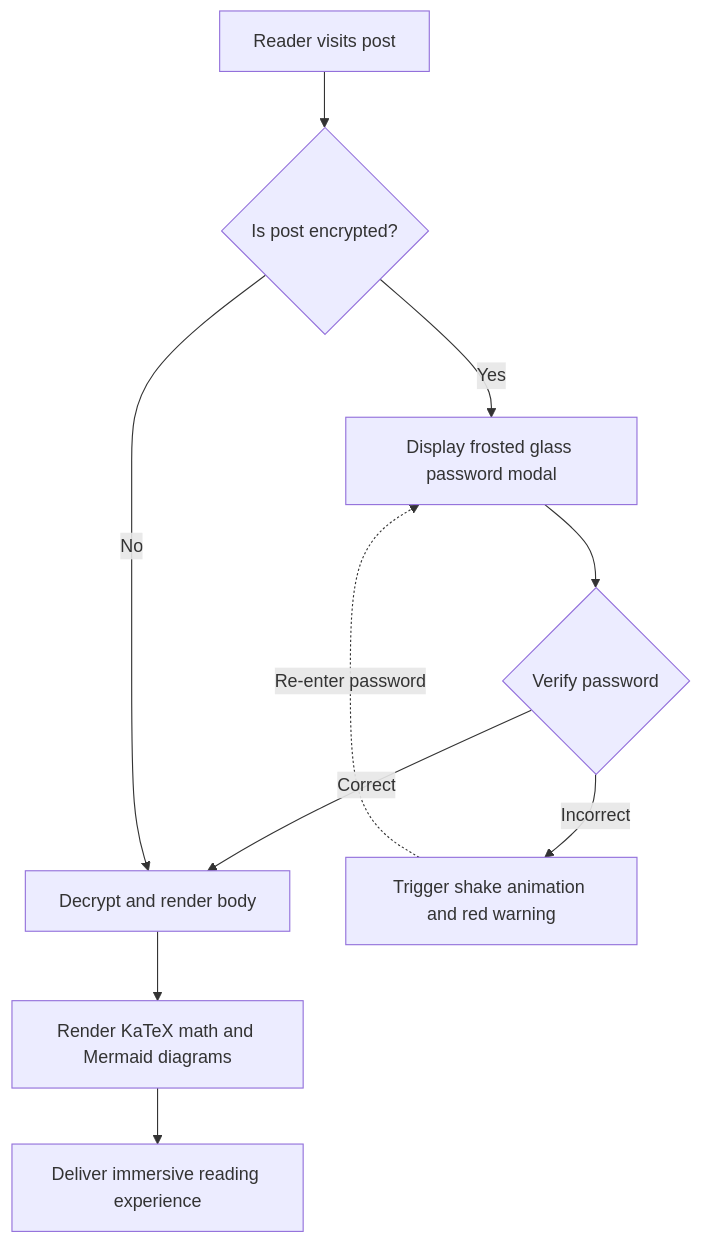
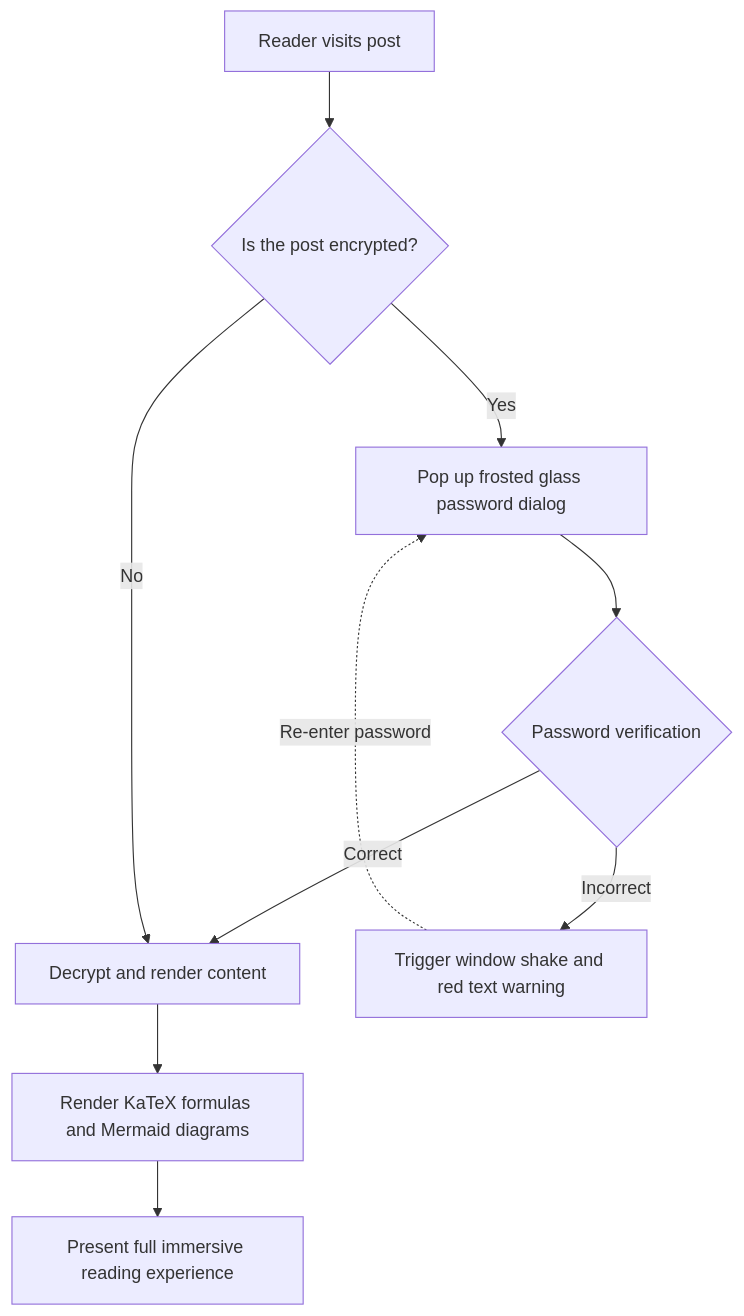
The first of 2 diagrams in src/content/posts/content-formats-and-markup-mastery-en.md (shijianus/astro-theme-shijianus), drawn with Mermaid before and after one commit. The commit also changed other lines of this file and 10 other files, not shown here.

````diff
--- a/src/content/posts/content-formats-and-markup-mastery-en.md
+++ b/src/content/posts/content-formats-and-markup-mastery-en.md
@@ -957,12 +959,12 @@
 ```mermaid
 flowchart TD
-    A[Reader visits post] --> B{Is post encrypted?}
-    B -- Yes --> C[Display frosted glass password modal]
-    C --> D{Verify password}
-    D -- Correct --> E[Decrypt and render body]
-    D -- Incorrect --> F[Trigger shake animation and red warning]
+    A[Reader visits post] --> B{Is the post encrypted?}
+    B -- Yes --> C[Pop up frosted glass password dialog]
+    C --> D{Password verification}
+    D -- Correct --> E[Decrypt and render content]
+    D -- Incorrect --> F[Trigger window shake and red text warning]
     F -. Re-enter password .-> C
     B -- No --> E
-    E --> G[Render KaTeX math and Mermaid diagrams]
-    G --> H[Deliver immersive reading experience]
+    E --> G[Render KaTeX formulas and Mermaid diagrams]
+    G --> H[Present full immersive reading experience]
 ```
````
